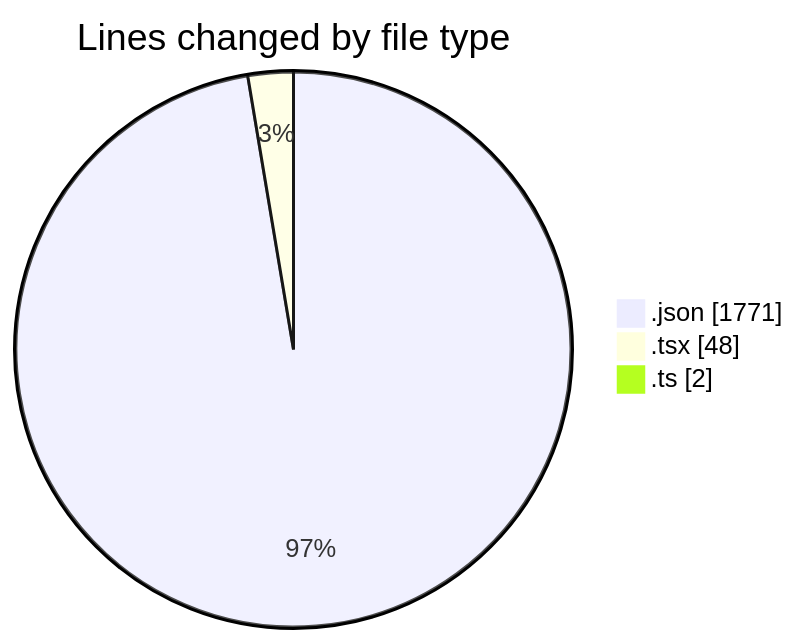
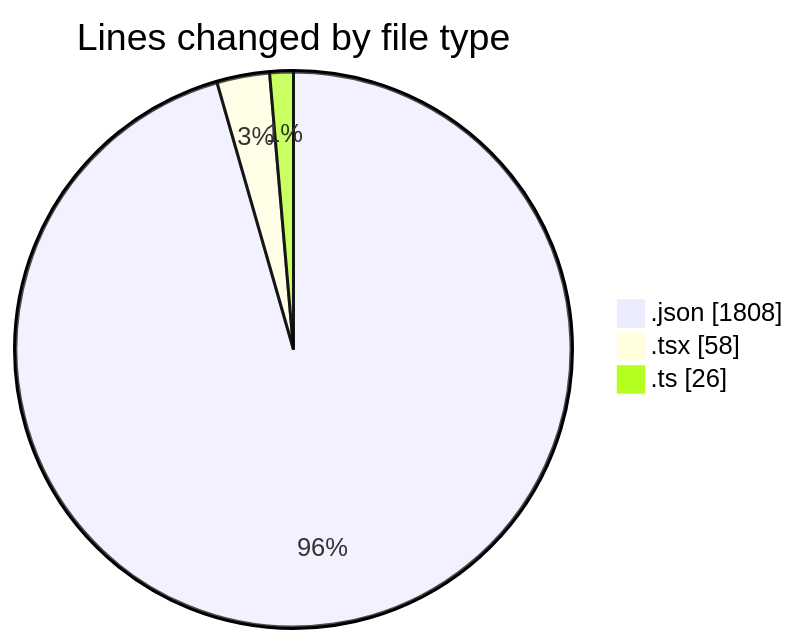
Before and after one commit to julien-gomy/code-tracking: the first of 2 diagrams in 2025-11-19/eventscop-frontend-guide__workspace_/README.md, drawn with Mermaid. The commit also changed other lines of this file and 1 other file, not shown here.

````diff
--- a/2025-11-19/eventscop-frontend-guide__workspace_/README.md
+++ b/2025-11-19/eventscop-frontend-guide__workspace_/README.md
@@ -23,7 +28,7 @@
 ```mermaid
 pie showData
 title Lines changed by file type
-".json" : 1771
-".tsx" : 48
-".ts" : 2
+".json" : 1808
+".tsx" : 58
+".ts" : 26
 ```
````
